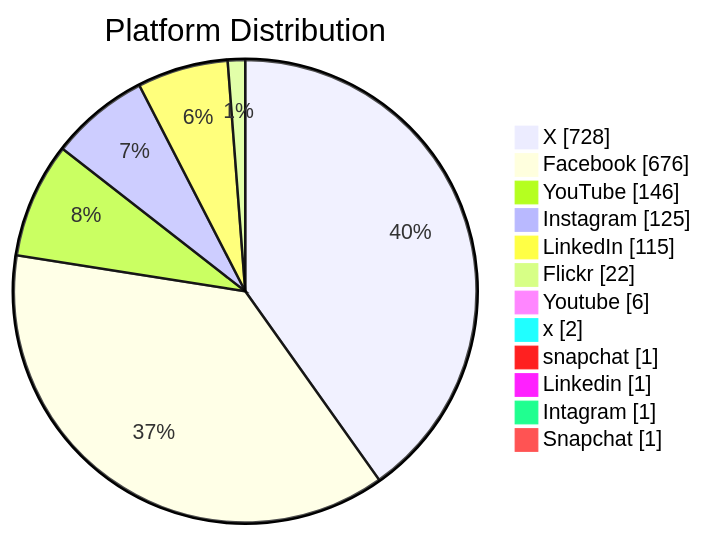
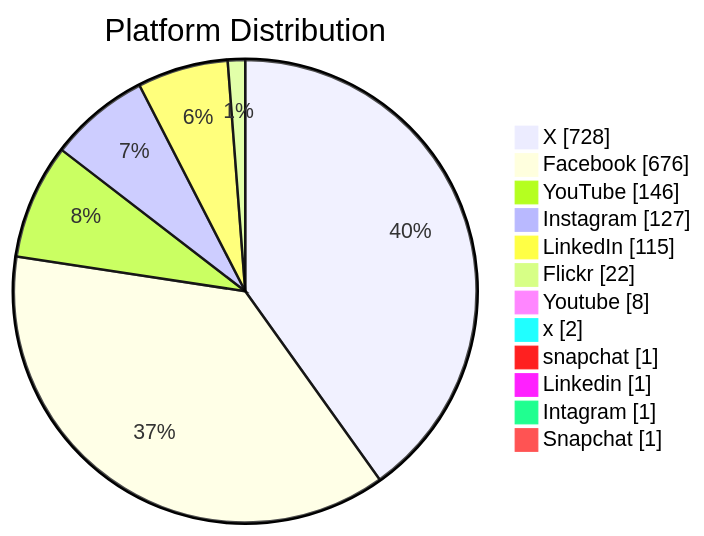
One commit to PatLittle/GC-Socials changed the second of 6 diagrams in README.md. Above: the diagram before and after it, drawn with Mermaid. The commit also changed other lines of this file, not shown here.

Commit message:
Update README with Platform Distribution pie chart

````diff
--- a/README.md
+++ b/README.md
@@ -45,15 +45,15 @@
 ```mermaid
 pie showData title Platform Distribution
     "X": 728
     "Facebook": 676
     "YouTube": 146
-    "Instagram": 125
+    "Instagram": 127
     "LinkedIn": 115
     "Flickr": 22
-    "Youtube": 6
+    "Youtube": 8
     "x": 2
     "snapchat": 1
     "Linkedin": 1
     "Intagram": 1
     "Snapchat": 1
 ```
````
